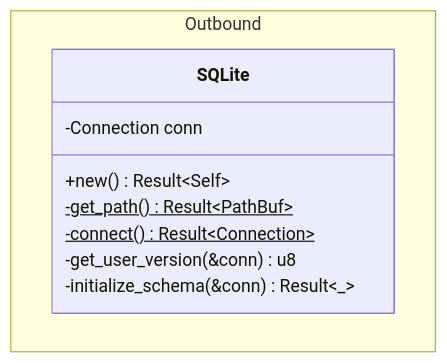
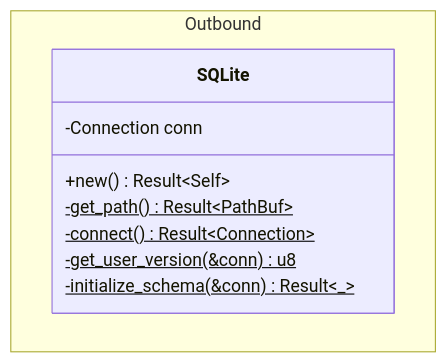
Before and after one commit to rvnkcode/dawn: the diagram in docs/class.md, drawn with Mermaid.

Commit message:
docs: corrected errors in class diagram - static methods in `SQLite`

````diff
--- a/docs/class.md
+++ b/docs/class.md
@@ -5,13 +5,13 @@
 ```mermaid
 classDiagram
   namespace Outbound {
     class SQLite {
       -Connection conn
       +new() Result~Self~
       -get_path()$ Result~PathBuf~
       -connect()$ Result~Connection~
-      -get_user_version(&conn) u8
-      -initialize_schema(&conn) Result~_~
+      -get_user_version(&conn)$ u8
+      -initialize_schema(&conn)$ Result~_~
     }
   }
 ```
````
